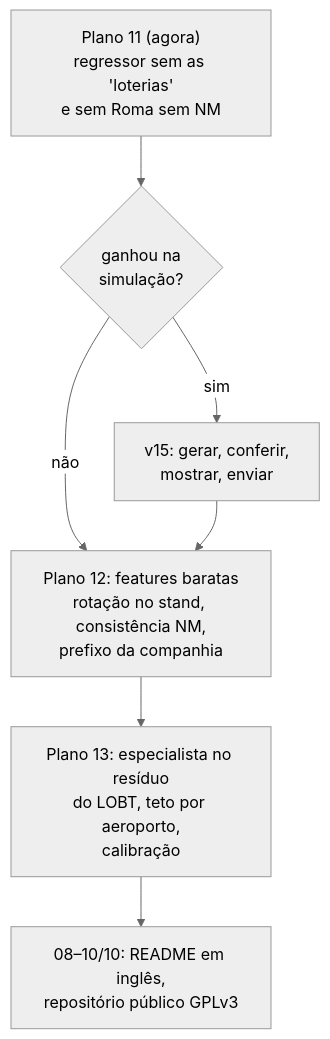
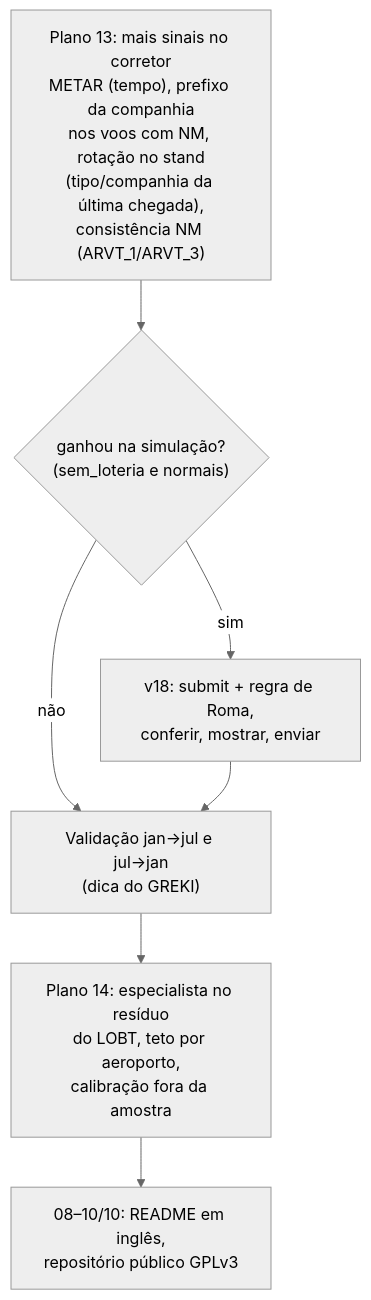
The third of 3 diagrams in docs/mapa.md (EnioAguiar/prc-taxiout-2026), drawn with Mermaid (neutral theme) before and after one commit. The commit also changed other lines of this file and 5 other files, not shown here.

````diff
--- a/docs/mapa.md
+++ b/docs/mapa.md
@@ -87,9 +87,9 @@
 ```mermaid
 flowchart TD
-    N["Plano 11 (agora)<br/>regressor sem as 'loterias'<br/>e sem Roma sem NM"] --> T{"ganhou na<br/>simulação?"}
-    T -->|sim| V15["v15: gerar, conferir,<br/>mostrar, enviar"]
-    T -->|não| P12
-    V15 --> P12["Plano 12: features baratas<br/>rotação no stand, consistência NM,<br/>prefixo da companhia"]
-    P12 --> P13["Plano 13: especialista no resíduo<br/>do LOBT, teto por aeroporto,<br/>calibração"]
-    P13 --> FIM["08–10/10: README em inglês,<br/>repositório público GPLv3"]
+    A["Plano 13: mais sinais no corretor<br/>METAR (tempo), prefixo da companhia<br/>nos voos com NM, rotação no stand<br/>(tipo/companhia da última chegada),<br/>consistência NM (ARVT_1/ARVT_3)"] --> T{"ganhou na simulação?<br/>(sem_loteria e normais)"}
+    T -->|sim| E["v18: submit + regra de Roma,<br/>conferir, mostrar, enviar"]
+    T -->|não| B
+    E --> B["Validação jan→jul e jul→jan<br/>(dica do GREKI)"]
+    B --> C["Plano 14: especialista no resíduo<br/>do LOBT, teto por aeroporto,<br/>calibração fora da amostra"]
+    C --> FIM["08–10/10: README em inglês,<br/>repositório público GPLv3"]
 ```
````
